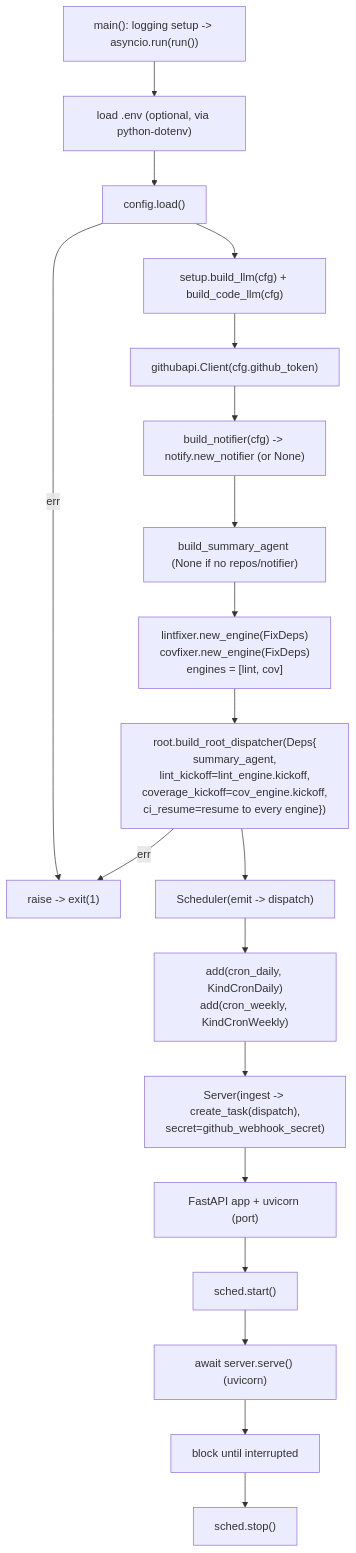
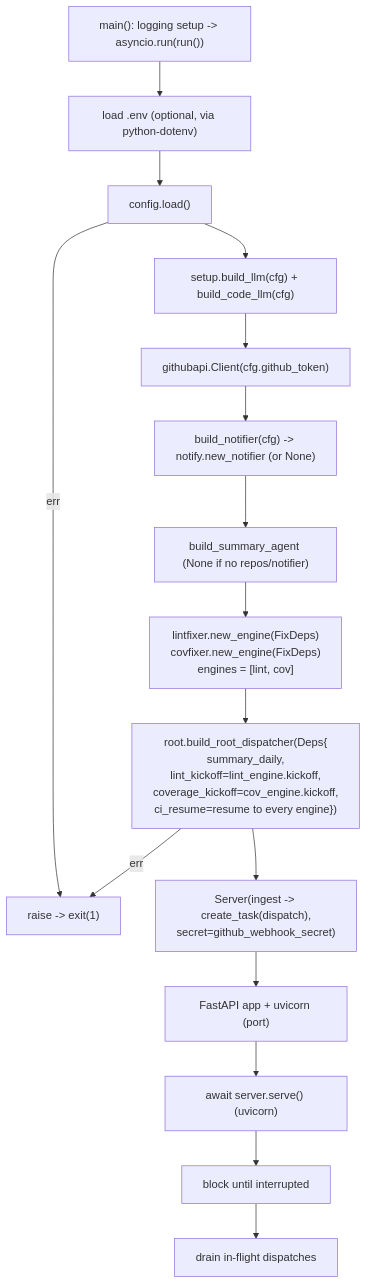
The diagram in python/cmd/agent/AGENTS.md (jkjamies/automation-agent), drawn with Mermaid before and after one commit. The commit also changed other lines of this file and 98 other files, not shown here.

First line of the commit message:
Drop in-process cron + weekly digest; Cloud Scheduler is the sole trigger (#7)

````diff
--- a/python/cmd/agent/AGENTS.md
+++ b/python/cmd/agent/AGENTS.md
@@ -7,23 +7,20 @@
 ```mermaid
 flowchart TD
     Main["main(): logging setup -> asyncio.run(run())"] --> Env["load .env (optional, via python-dotenv)"]
     Env --> Cfg["config.load()"]
     Cfg -->|err| Fatal["raise -> exit(1)"]
     Cfg --> LLM["setup.build_llm(cfg) + build_code_llm(cfg)"]
     LLM --> GH["githubapi.Client(cfg.github_token)"]
     GH --> Notif["build_notifier(cfg) -> notify.new_notifier (or None)"]
     Notif --> SumA["build_summary_agent (None if no repos/notifier)"]
     SumA --> Eng["lintfixer.new_engine(FixDeps)<br/>covfixer.new_engine(FixDeps)<br/>engines = [lint, cov]"]
-    Eng --> Disp["root.build_root_dispatcher(Deps{<br/>summary_agent,<br/>lint_kickoff=lint_engine.kickoff,<br/>coverage_kickoff=cov_engine.kickoff,<br/>ci_resume=resume to every engine})"]
+    Eng --> Disp["root.build_root_dispatcher(Deps{<br/>summary_daily,<br/>lint_kickoff=lint_engine.kickoff,<br/>coverage_kickoff=cov_engine.kickoff,<br/>ci_resume=resume to every engine})"]
     Disp -->|err| Fatal
 
-    Disp --> Sched["Scheduler(emit -> dispatch)"]
-    Sched --> AddCron["add(cron_daily, KindCronDaily)<br/>add(cron_weekly, KindCronWeekly)"]
-    AddCron --> Web["Server(ingest -> create_task(dispatch),<br/>secret=github_webhook_secret)"]
+    Disp --> Web["Server(ingest -> create_task(dispatch),<br/>secret=github_webhook_secret)"]
     Web --> HTTP["FastAPI app + uvicorn (port)"]
 
-    HTTP --> Start["sched.start()"]
-    Start --> Listen["await server.serve() (uvicorn)"]
+    HTTP --> Listen["await server.serve() (uvicorn)"]
     Listen --> Block["block until interrupted"]
-    Block --> Shutdown["sched.stop()"]
+    Block --> Shutdown["drain in-flight dispatches"]
 ```
````
